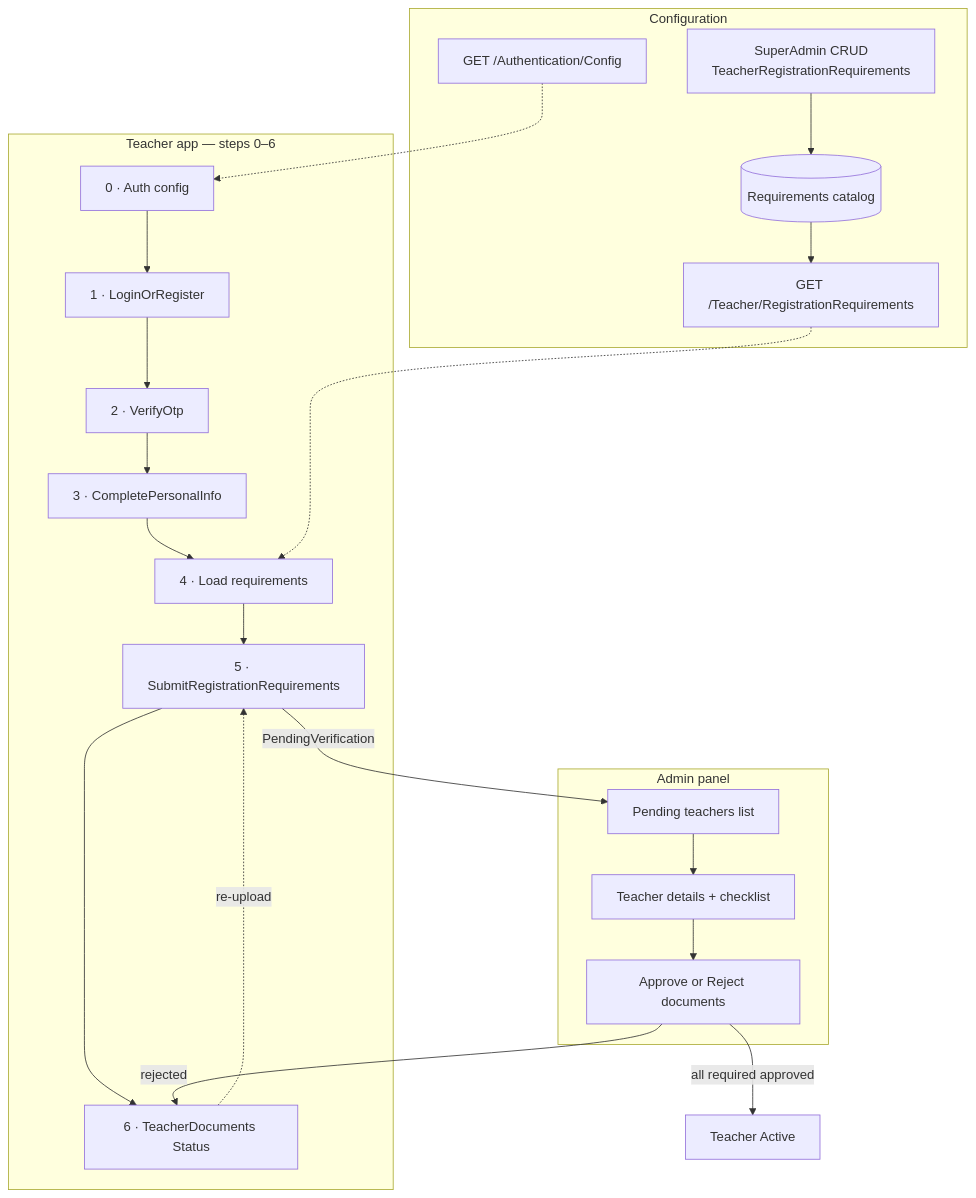
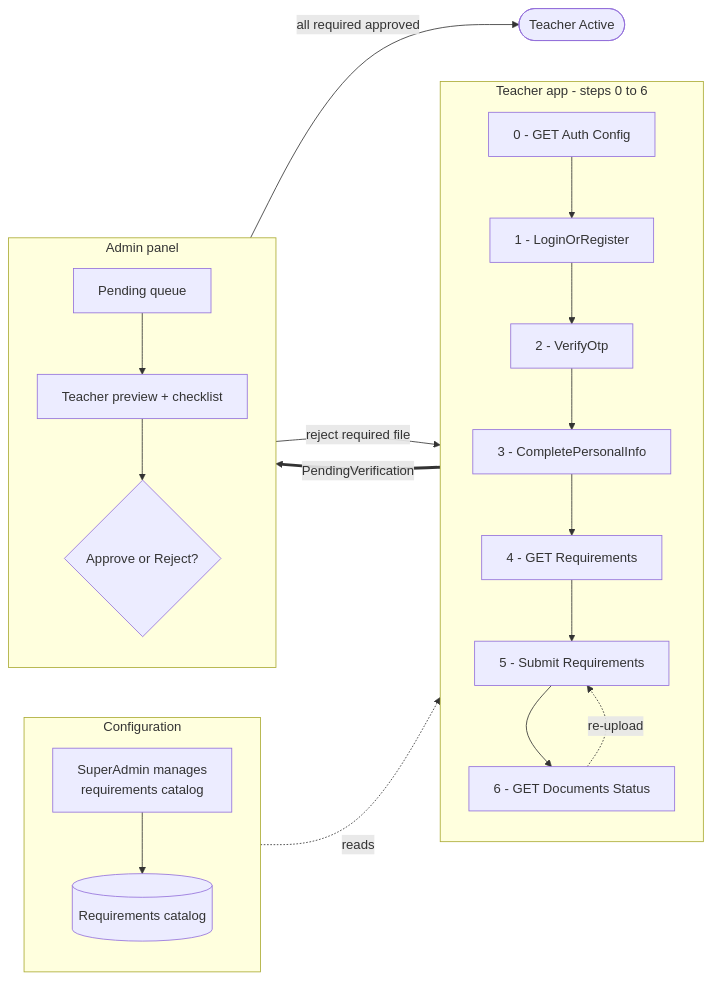
One commit to Mozaffer249/Qalam changed the first of 2 diagrams in docs/Teacher-Registration-Guide.md. Above: the diagram before and after it, drawn with Mermaid. The commit also changed other lines of this file and 38 other files, not shown here.

First line of the commit message:
feat(teacher-registration): enhance registration requirement handling with new parsing methods

````diff
--- a/docs/Teacher-Registration-Guide.md
+++ b/docs/Teacher-Registration-Guide.md
@@ -45,36 +45,37 @@
 ```mermaid
-flowchart TB
-  subgraph configuration [Configuration]
-    AD[SuperAdmin CRUD<br/>TeacherRegistrationRequirements]
+flowchart LR
+  subgraph CFG[Configuration]
+    direction TB
+    AD[SuperAdmin manages<br/>requirements catalog]
     CAT[(Requirements catalog)]
     AD --> CAT
-    AC[GET /Authentication/Config]
-    AR[GET /Teacher/RegistrationRequirements]
-    CAT --> AR
   end
 
-  subgraph teacherFlow [Teacher app — steps 0–6]
-    S0["0 · Auth config"]
-    S1["1 · LoginOrRegister"]
-    S2["2 · VerifyOtp"]
-    S3["3 · CompletePersonalInfo"]
-    S4["4 · Load requirements"]
-    S5["5 · SubmitRegistrationRequirements"]
-    S6["6 · TeacherDocuments Status"]
+  subgraph TCH[Teacher app - steps 0 to 6]
+    direction TB
+    S0[0 - GET Auth Config]
+    S1[1 - LoginOrRegister]
+    S2[2 - VerifyOtp]
+    S3[3 - CompletePersonalInfo]
+    S4[4 - GET Requirements]
+    S5[5 - Submit Requirements]
+    S6[6 - GET Documents Status]
     S0 --> S1 --> S2 --> S3 --> S4 --> S5 --> S6
   end
 
-  subgraph adminReview [Admin panel]
-    A1[Pending teachers list]
-    A2[Teacher details + checklist]
-    A3[Approve or Reject documents]
+  subgraph ADM[Admin panel]
+    direction TB
+    A1[Pending queue]
+    A2[Teacher preview + checklist]
+    A3{Approve or Reject?}
     A1 --> A2 --> A3
   end
 
-  AC -.-> S0
-  AR -.-> S4
-  S5 -->|PendingVerification| A1
-  A3 -->|all required approved| ACTIVE[Teacher Active]
-  A3 -->|rejected| S6
-  S6 -.->|re-upload| S5
+  ACTIVE([Teacher Active])
+
+  CAT -. reads .-> S4
+  S5 == PendingVerification ==> A1
+  A3 -- all required approved --> ACTIVE
+  A3 -- reject required file --> S6
+  S6 -. re-upload .-> S5
 ```
````
